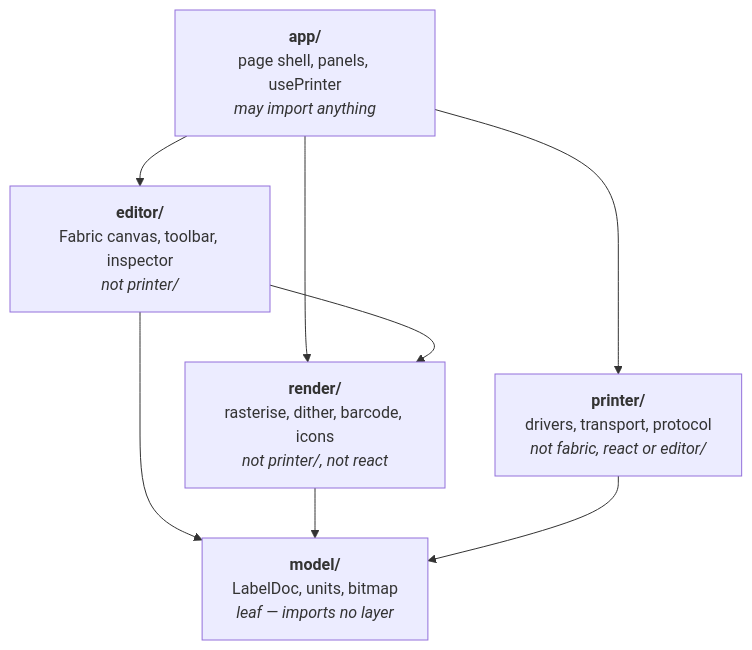
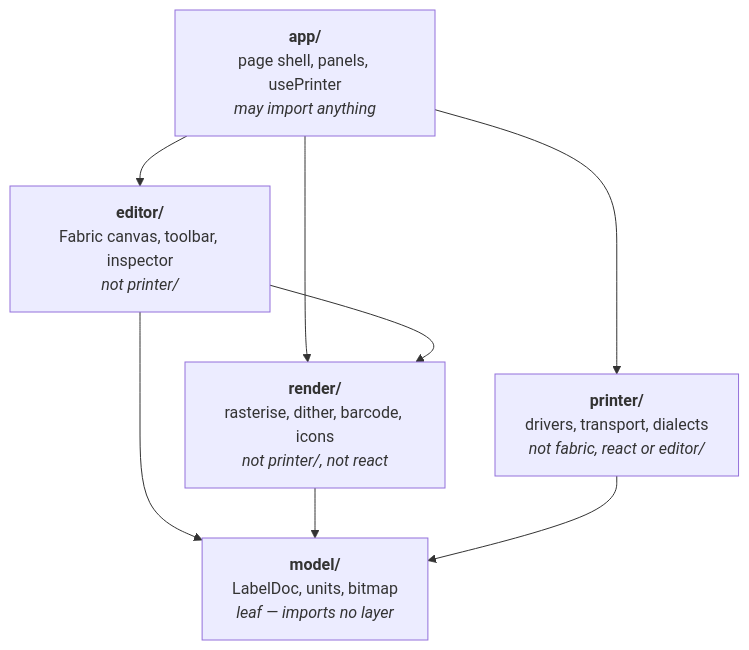
One commit to Finnfj/labelforge changed the diagram in README.md. Above: the diagram before and after it, drawn with Mermaid. The commit also changed 7 other files, not shown here.

````diff
--- a/README.md
+++ b/README.md
@@ -118,16 +118,16 @@
 ```mermaid
 flowchart TD
     app["<b>app/</b><br/>page shell, panels, usePrinter<br/><i>may import anything</i>"]
     editor["<b>editor/</b><br/>Fabric canvas, toolbar, inspector<br/><i>not printer/</i>"]
     render["<b>render/</b><br/>rasterise, dither, barcode, icons<br/><i>not printer/, not react</i>"]
-    printer["<b>printer/</b><br/>drivers, transport, protocol<br/><i>not fabric, react or editor/</i>"]
+    printer["<b>printer/</b><br/>drivers, transport, dialects<br/><i>not fabric, react or editor/</i>"]
     model["<b>model/</b><br/>LabelDoc, units, bitmap<br/><i>leaf — imports no layer</i>"]
 
     app --> editor
     app --> render
     app --> printer
     editor --> render
     editor --> model
     render --> model
     printer --> model
 ```
````
